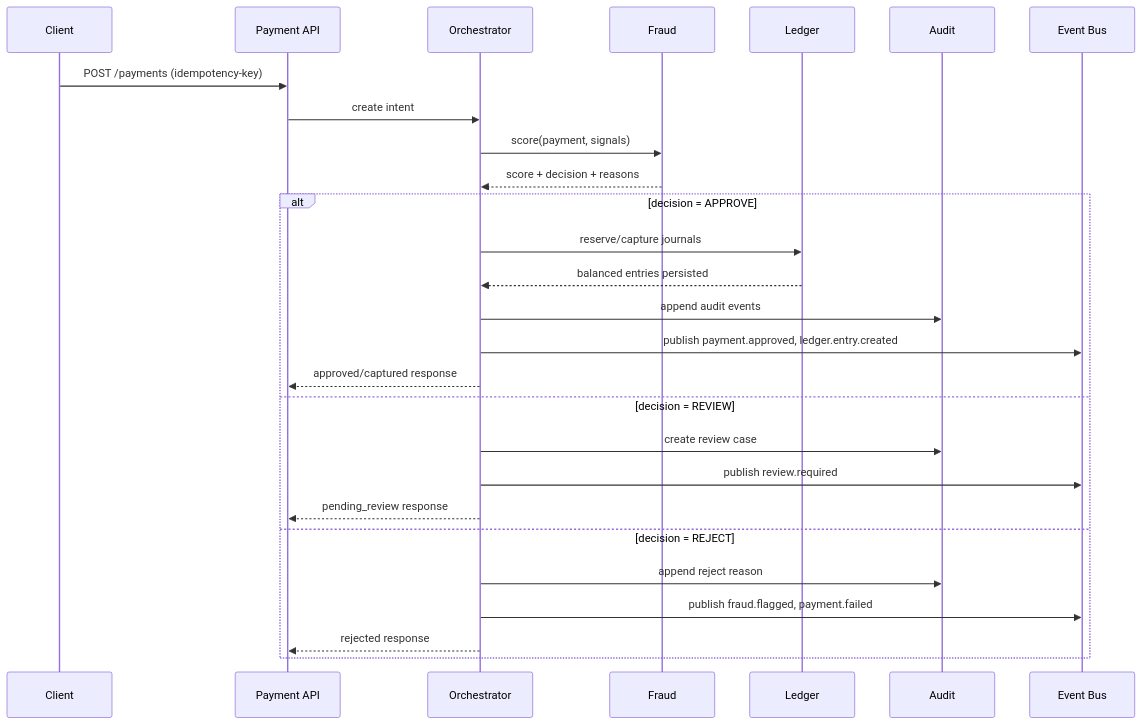
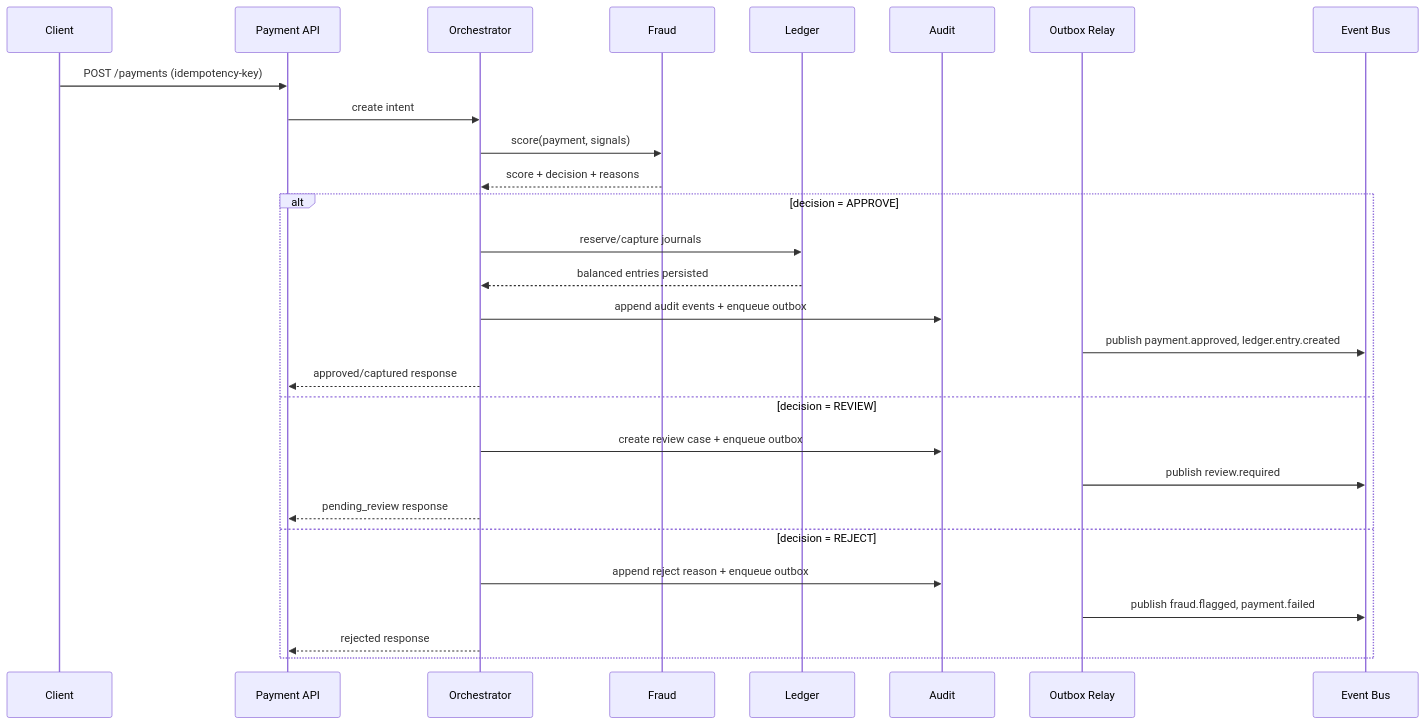
Before and after one commit to moenn1/ledgerandfraudscoring: the third of 3 diagrams in docs/architecture.md, drawn with Mermaid. The commit also changed other lines of this file and 24 other files, not shown here.

````diff
--- a/docs/architecture.md
+++ b/docs/architecture.md
@@ -56,30 +57,31 @@
 ```mermaid
 sequenceDiagram
     participant C as Client
     participant P as Payment API
     participant O as Orchestrator
     participant F as Fraud
     participant L as Ledger
     participant A as Audit
+    participant X as Outbox Relay
     participant B as Event Bus
 
     C->>P: POST /payments (idempotency-key)
     P->>O: create intent
     O->>F: score(payment, signals)
     F-->>O: score + decision + reasons
     alt decision = APPROVE
         O->>L: reserve/capture journals
         L-->>O: balanced entries persisted
-        O->>A: append audit events
-        O->>B: publish payment.approved, ledger.entry.created
+        O->>A: append audit events + enqueue outbox
+        X->>B: publish payment.approved, ledger.entry.created
         O-->>P: approved/captured response
     else decision = REVIEW
-        O->>A: create review case
-        O->>B: publish review.required
+        O->>A: create review case + enqueue outbox
+        X->>B: publish review.required
         O-->>P: pending_review response
     else decision = REJECT
-        O->>A: append reject reason
-        O->>B: publish fraud.flagged, payment.failed
+        O->>A: append reject reason + enqueue outbox
+        X->>B: publish fraud.flagged, payment.failed
         O-->>P: rejected response
     end
 ```
````
